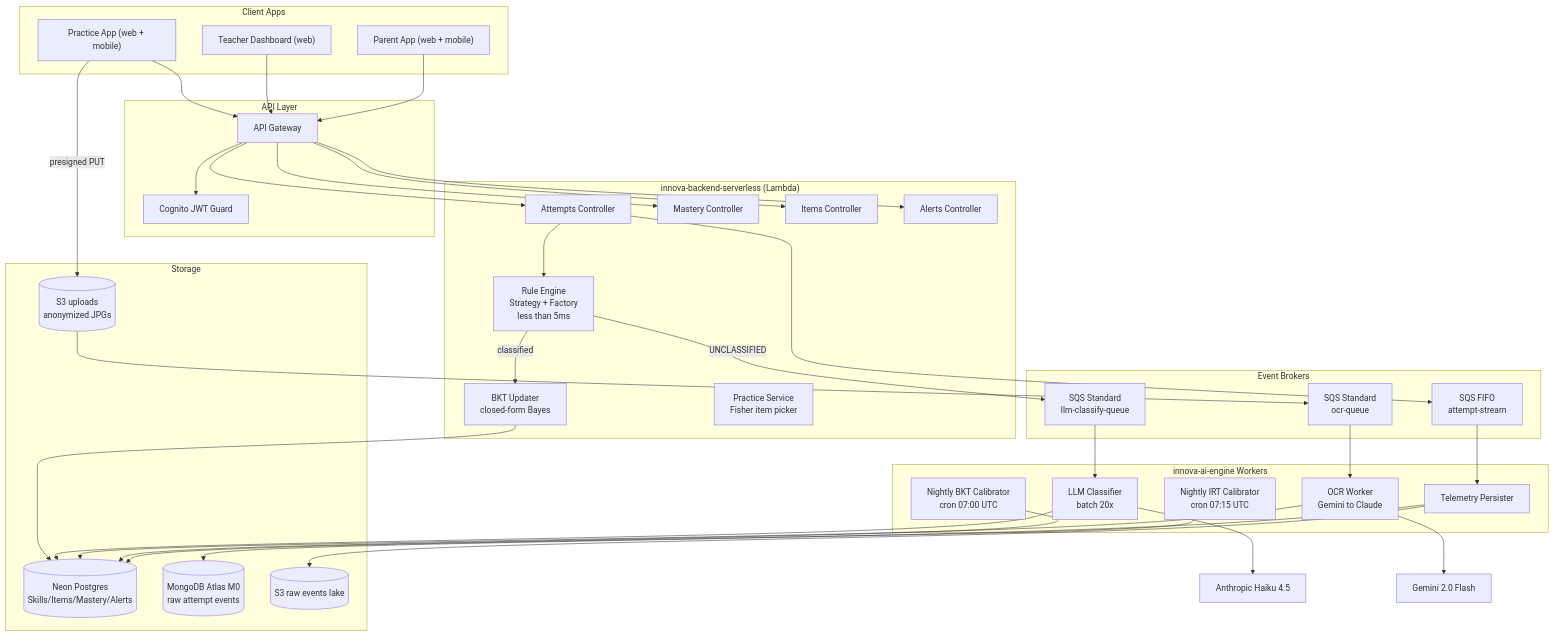
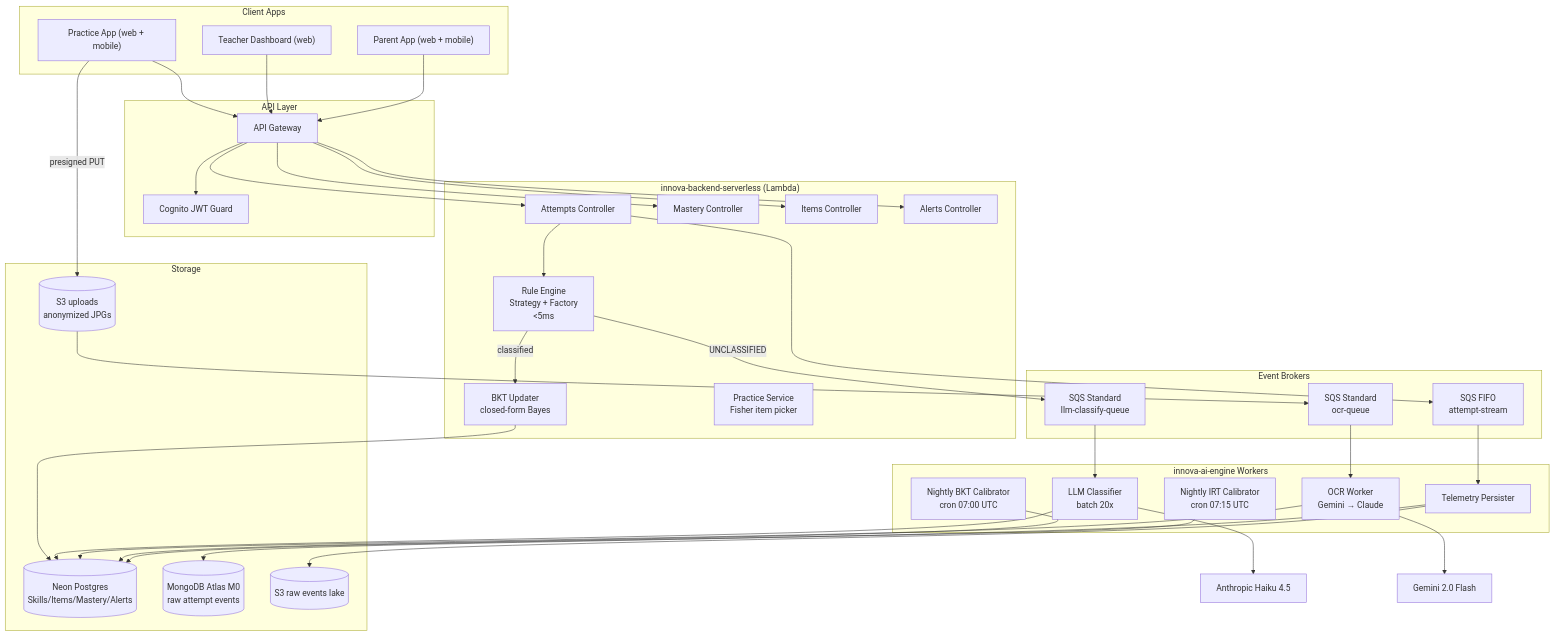
The first of 2 diagrams in README.md (vruizz22/innova-backend-serverless), drawn with Mermaid before and after one commit. The commit also changed other lines of this file, not shown here.

Commit message:
feat(docs): update README with ingestion sequence and classification pipeline details

````diff
--- a/README.md
+++ b/README.md
@@ -69,69 +69,69 @@
 ```mermaid
 flowchart TD
   subgraph CLIENTS["Client Apps"]
     PRACTICE["Practice App (web + mobile)"]
     TEACHER["Teacher Dashboard (web)"]
     PARENT["Parent App (web + mobile)"]
   end
 
   subgraph API["API Layer"]
     AGW["API Gateway"]
     COG["Cognito JWT Guard"]
   end
 
   subgraph BACKEND["innova-backend-serverless (Lambda)"]
     ATTEMPTS["Attempts Controller"]
-    RULE["Rule Engine\nStrategy + Factory\nless than 5ms"]
+    RULE["Rule Engine\nStrategy + Factory\n<5ms"]
     BKT["BKT Updater\nclosed-form Bayes"]
     MASTERY["Mastery Controller"]
     ITEMS["Items Controller"]
     ALERTS["Alerts Controller"]
     PRACTICE_SVC["Practice Service\nFisher item picker"]
   end
 
   subgraph BROKERS["Event Brokers"]
     SQS_FIFO["SQS FIFO\nattempt-stream"]
     SQS_LLM["SQS Standard\nllm-classify-queue"]
     SQS_OCR["SQS Standard\nocr-queue"]
   end
 
   subgraph WORKERS["innova-ai-engine Workers"]
     TPW["Telemetry Persister"]
     LCW["LLM Classifier\nbatch 20x"]
-    OCW["OCR Worker\nGemini to Claude"]
+    OCW["OCR Worker\nGemini → Claude"]
     BKTC["Nightly BKT Calibrator\ncron 07:00 UTC"]
     IRTC["Nightly IRT Calibrator\ncron 07:15 UTC"]
   end
 
   subgraph STORAGE["Storage"]
     PG[("Neon Postgres\nSkills/Items/Mastery/Alerts")]
     MONGO[("MongoDB Atlas M0\nraw attempt events")]
     S3U[("S3 uploads\nanonymized JPGs")]
     S3L[("S3 raw events lake")]
   end
 
   EXT_ANTH["Anthropic Haiku 4.5"]
   EXT_GEM["Gemini 2.0 Flash"]
 
   PRACTICE --> AGW
   TEACHER --> AGW
   PARENT --> AGW
   AGW --> COG
   AGW --> ATTEMPTS
   AGW --> MASTERY
   AGW --> ITEMS
   AGW --> ALERTS
   ATTEMPTS --> RULE
   RULE -->|classified| BKT --> PG
   RULE -->|UNCLASSIFIED| SQS_LLM
   ATTEMPTS --> SQS_FIFO
   PRACTICE -->|presigned PUT| S3U --> SQS_OCR
   SQS_FIFO --> TPW --> MONGO
   TPW --> S3L
   SQS_LLM --> LCW --> EXT_ANTH
   LCW --> PG
   SQS_OCR --> OCW --> EXT_GEM
   OCW --> PG
   BKTC --> PG
   IRTC --> PG
 ```
````
